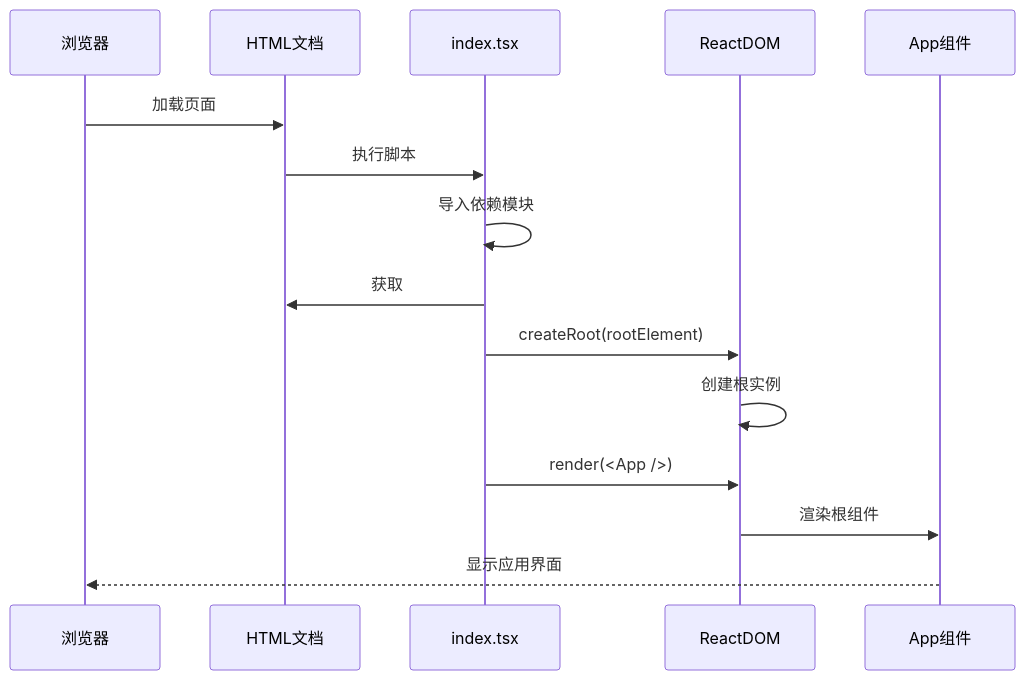
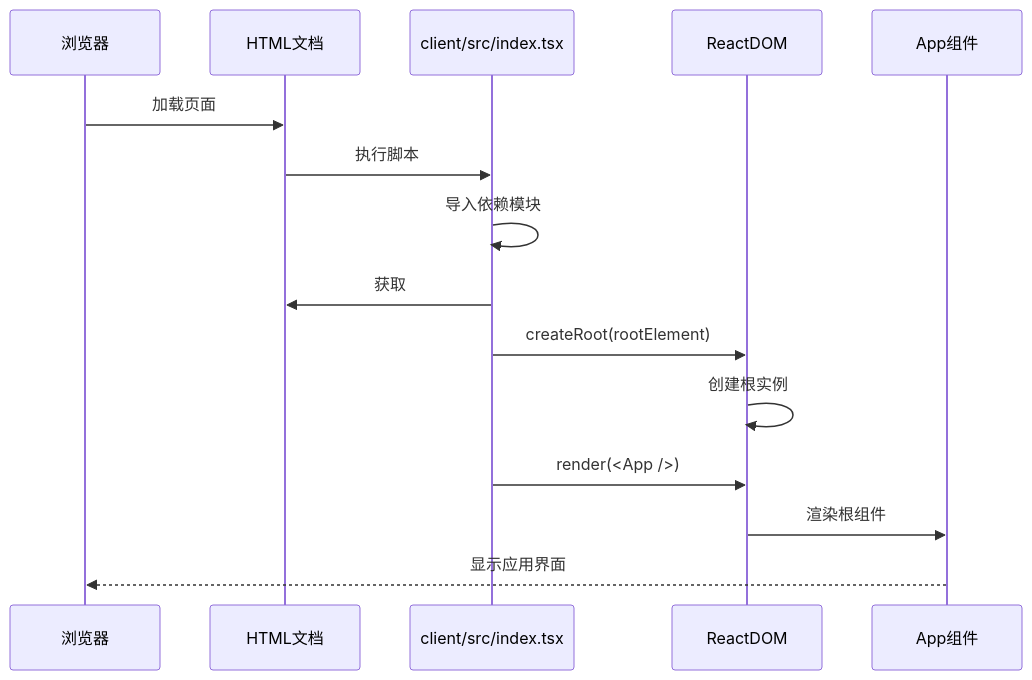
The second of 9 diagrams in .qoder/repowiki/zh/content/核心组件/应用入口点.md (kkxxll/reactNext), drawn with Mermaid before and after one commit. The commit also changed other lines of this file and 12 other files, not shown here.

````diff
--- a/.qoder/repowiki/zh/content/核心组件/应用入口点.md
+++ b/.qoder/repowiki/zh/content/核心组件/应用入口点.md
@@ -85,17 +101,17 @@
 ```mermaid
 sequenceDiagram
 participant Browser as 浏览器
 participant HTML as HTML文档
-participant JS as index.tsx
+participant JS as client/src/index.tsx
 participant ReactDOM as ReactDOM
 participant App as App组件
 Browser->>HTML : 加载页面
 HTML->>JS : 执行脚本
 JS->>JS : 导入依赖模块
 JS->>HTML : 获取#root元素
 JS->>ReactDOM : createRoot(rootElement)
 ReactDOM->>ReactDOM : 创建根实例
 JS->>ReactDOM : render(<App />)
 ReactDOM->>App : 渲染根组件
 App-->>Browser : 显示应用界面
 ```
````
